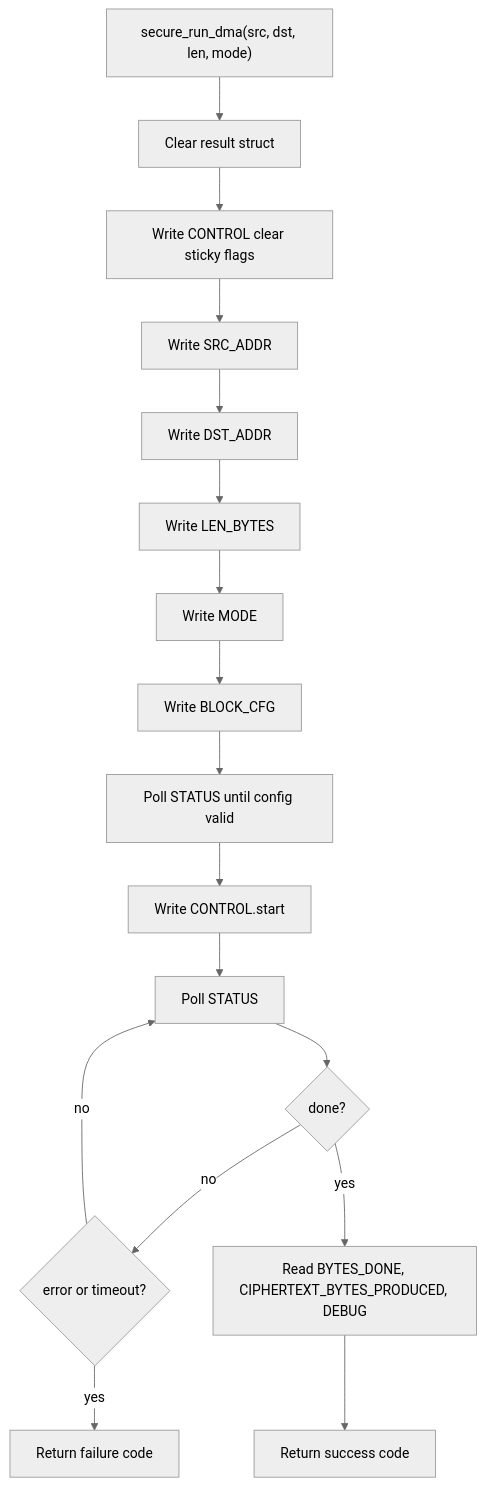
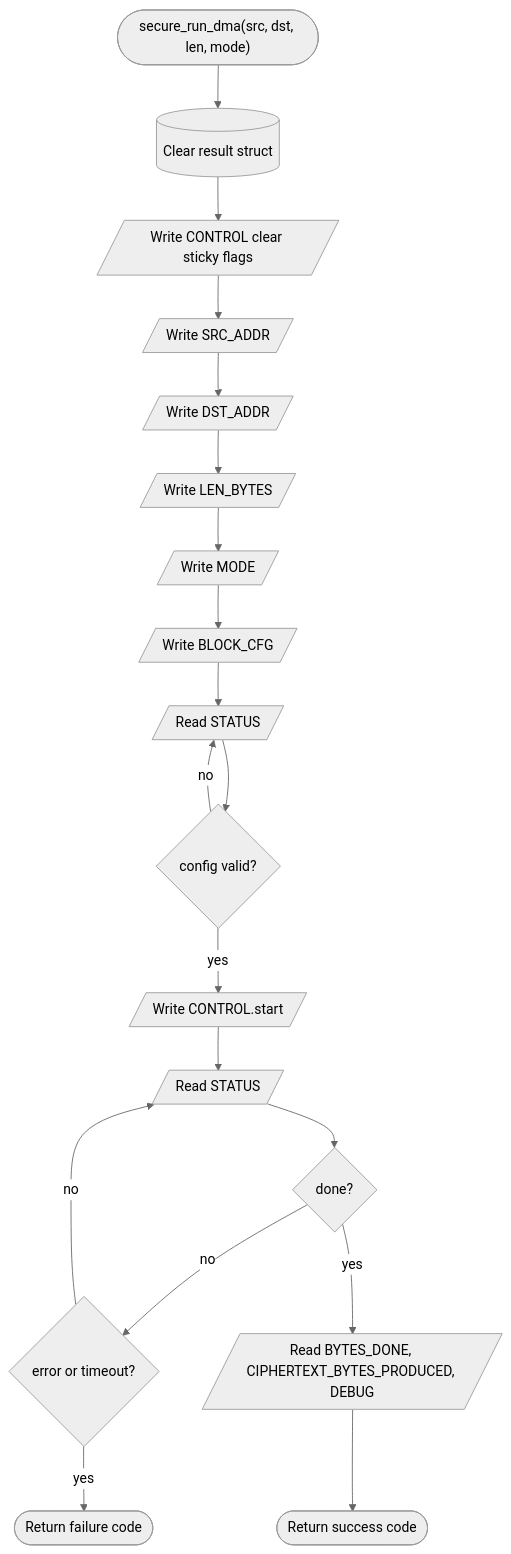
One commit to ngoquocan139/AES_huffman_all6 changed the seventh of 7 diagrams in docs/huffman_aes_riscv_flowchart_spec.md. Above: the diagram before and after it, drawn with Mermaid (neutral theme). The commit also changed other lines of this file and 28 other files, not shown here.

````diff
--- a/docs/huffman_aes_riscv_flowchart_spec.md
+++ b/docs/huffman_aes_riscv_flowchart_spec.md
@@ -285,19 +311,21 @@
 ```mermaid
 flowchart TD
-    A["secure_run_dma(src, dst, len, mode)"] --> B["Clear result struct"]
-    B --> C["Write CONTROL clear sticky flags"]
-    C --> D["Write SRC_ADDR"]
-    D --> E["Write DST_ADDR"]
-    E --> F["Write LEN_BYTES"]
-    F --> G["Write MODE"]
-    G --> H["Write BLOCK_CFG"]
-    H --> I["Poll STATUS until config valid"]
-    I --> J["Write CONTROL.start"]
-    J --> K["Poll STATUS"]
-    K --> L{"done?"}
-    L -->|"no"| M{"error or timeout?"}
-    M -->|"no"| K
-    M -->|"yes"| N["Return failure code"]
-    L -->|"yes"| O["Read BYTES_DONE, CIPHERTEXT_BYTES_PRODUCED, DEBUG"]
-    O --> P["Return success code"]
+    A(["secure_run_dma(src, dst, len, mode)"]) --> B[("Clear result struct")]
+    B --> C[/"Write CONTROL clear sticky flags"/]
+    C --> D[/"Write SRC_ADDR"/]
+    D --> E[/"Write DST_ADDR"/]
+    E --> F[/"Write LEN_BYTES"/]
+    F --> G[/"Write MODE"/]
+    G --> H[/"Write BLOCK_CFG"/]
+    H --> I[/"Read STATUS"/]
+    I --> J{"config valid?"}
+    J -->|"no"| I
+    J -->|"yes"| K[/"Write CONTROL.start"/]
+    K --> L[/"Read STATUS"/]
+    L --> M{"done?"}
+    M -->|"no"| N{"error or timeout?"}
+    N -->|"no"| L
+    N -->|"yes"| O(["Return failure code"])
+    M -->|"yes"| P[/"Read BYTES_DONE, CIPHERTEXT_BYTES_PRODUCED, DEBUG"/]
+    P --> Q(["Return success code"])
 ```
````
